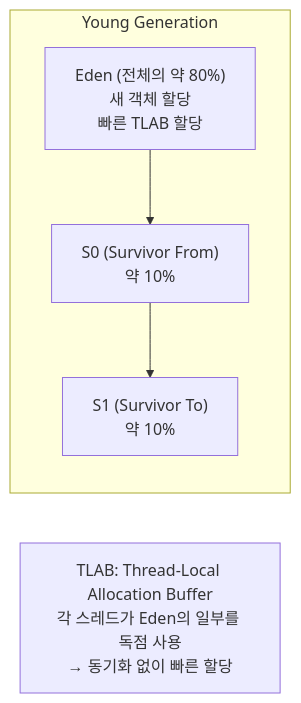
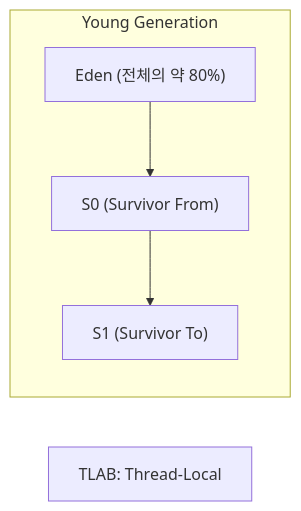
One commit to yjkim2015/yjkim2015.github.io changed the eighth of 29 diagrams in _posts/java/2026-05-01-java-garbage-collector.md. Above: the diagram before and after it, drawn with Mermaid. The commit also changed other lines of this file and 271 other files, not shown here.

First line of the commit message:
Mermaid 라벨 축소: 긴 노드 텍스트 18자 이하로 트림 + \n 제거

````diff
--- a/_posts/java/2026-05-01-java-garbage-collector.md
+++ b/_posts/java/2026-05-01-java-garbage-collector.md
@@ -156,11 +156,11 @@
 ```mermaid
 graph LR
     subgraph "Young Generation"
-        Eden["Eden (전체의 약 80%)\n새 객체 할당\n빠른 TLAB 할당"]
-        S0["S0 (Survivor From)\n약 10%"]
-        S1["S1 (Survivor To)\n약 10%"]
+        Eden["Eden (전체의 약 80%)\n"]
+        S0["S0 (Survivor From)"]
+        S1["S1 (Survivor To)\n"]
     end
-    TLAB["TLAB: Thread-Local Allocation Buffer\n각 스레드가 Eden의 일부를 독점 사용\n→ 동기화 없이 빠른 할당"]
+    TLAB["TLAB: Thread-Local"]
     Eden --> S0
     S0 --> S1
 ```
````
